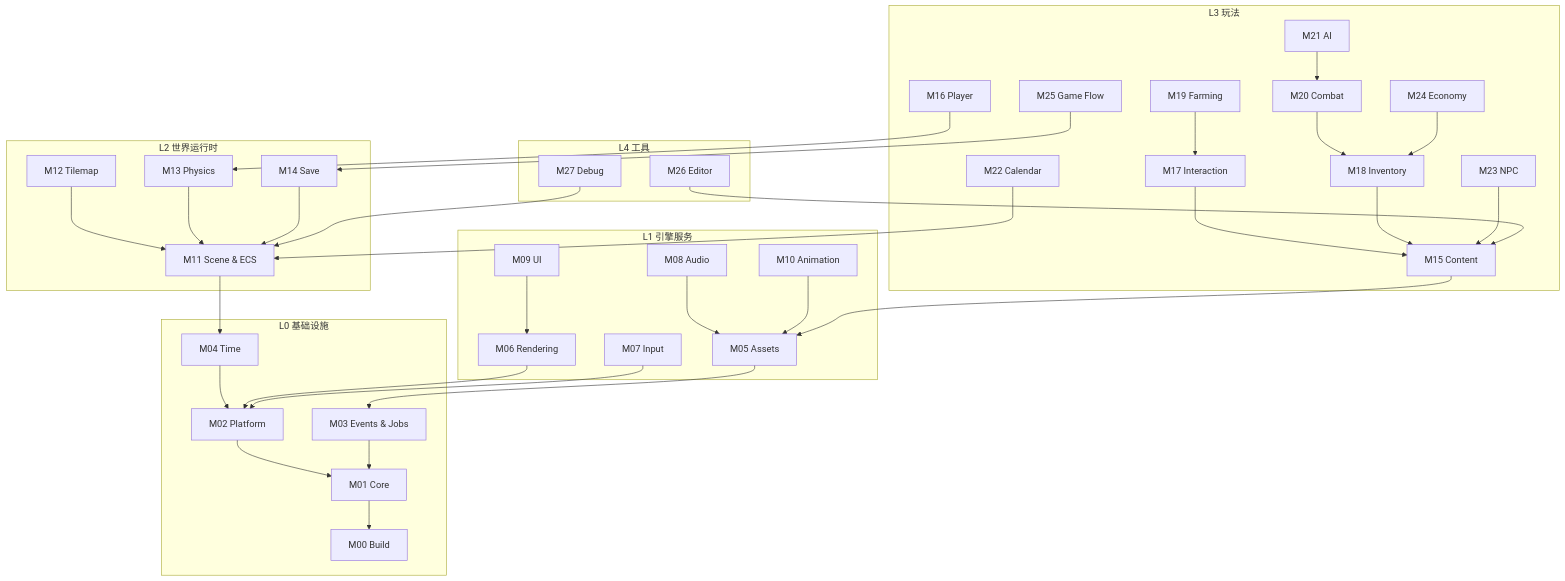
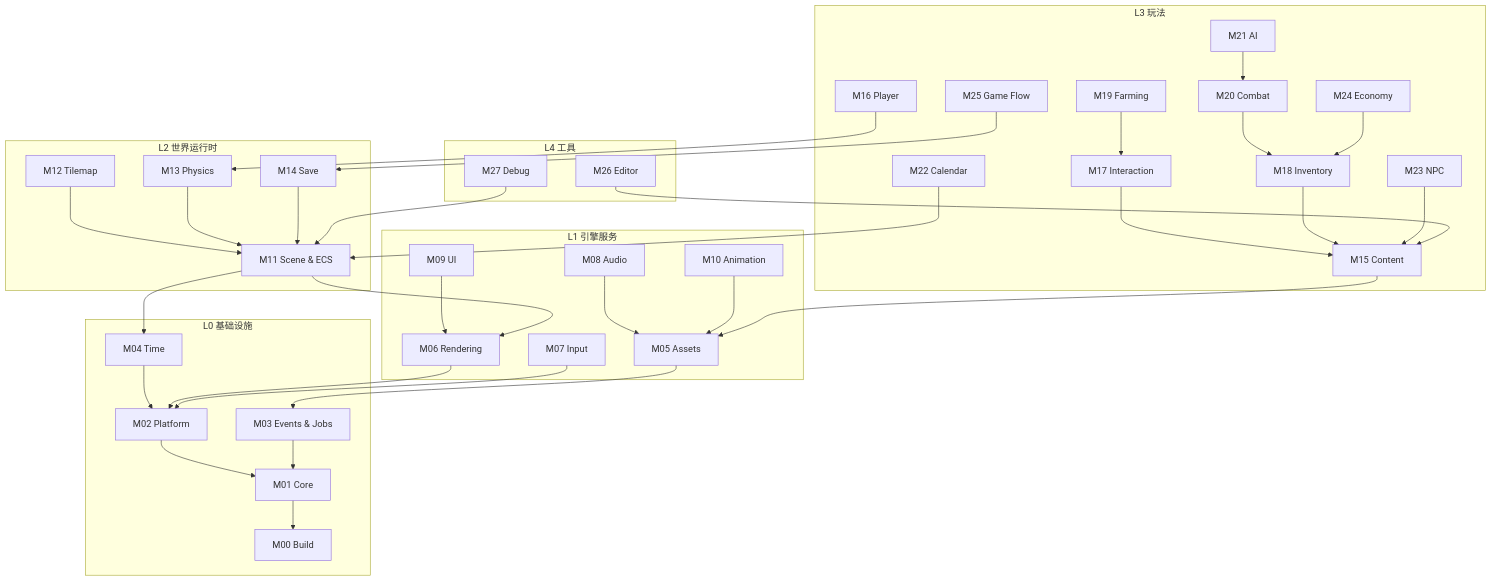
Before and after one commit to Narciostyx/Florian-s-Adventure: the diagram in docs/architecture/module-map.md, drawn with Mermaid. The commit also changed other lines of this file and 16 other files, not shown here.

````diff
--- a/docs/architecture/module-map.md
+++ b/docs/architecture/module-map.md
@@ -40,68 +40,69 @@
 ```mermaid
 flowchart TB
   subgraph L0[L0 基础设施]
     M00[M00 Build]
     M01[M01 Core]
     M02[M02 Platform]
     M03[M03 Events & Jobs]
     M04[M04 Time]
   end
   subgraph L1[L1 引擎服务]
     M05[M05 Assets]
     M06[M06 Rendering]
     M07[M07 Input]
     M08[M08 Audio]
     M09[M09 UI]
     M10[M10 Animation]
   end
   subgraph L2[L2 世界运行时]
     M11[M11 Scene & ECS]
     M12[M12 Tilemap]
     M13[M13 Physics]
     M14[M14 Save]
   end
   subgraph L3[L3 玩法]
     M15[M15 Content]
     M16[M16 Player]
     M17[M17 Interaction]
     M18[M18 Inventory]
     M19[M19 Farming]
     M20[M20 Combat]
     M21[M21 AI]
     M22[M22 Calendar]
     M23[M23 NPC]
     M24[M24 Economy]
     M25[M25 Game Flow]
   end
   subgraph L4[L4 工具]
     M26[M26 Editor]
     M27[M27 Debug]
   end
   M01 --> M00
   M02 --> M01
   M03 --> M01
   M04 --> M02
   M05 --> M03
   M06 --> M02
   M07 --> M02
   M08 --> M05
   M09 --> M06
   M10 --> M05
   M11 --> M04
+  M11 --> M06
   M12 --> M11
   M13 --> M11
   M14 --> M11
   M15 --> M05
   M16 --> M13
   M17 --> M15
   M18 --> M15
   M19 --> M17
   M20 --> M18
   M21 --> M20
   M22 --> M11
   M23 --> M15
   M24 --> M18
   M25 --> M14
   M26 --> M15
   M27 --> M11
 ```
````
